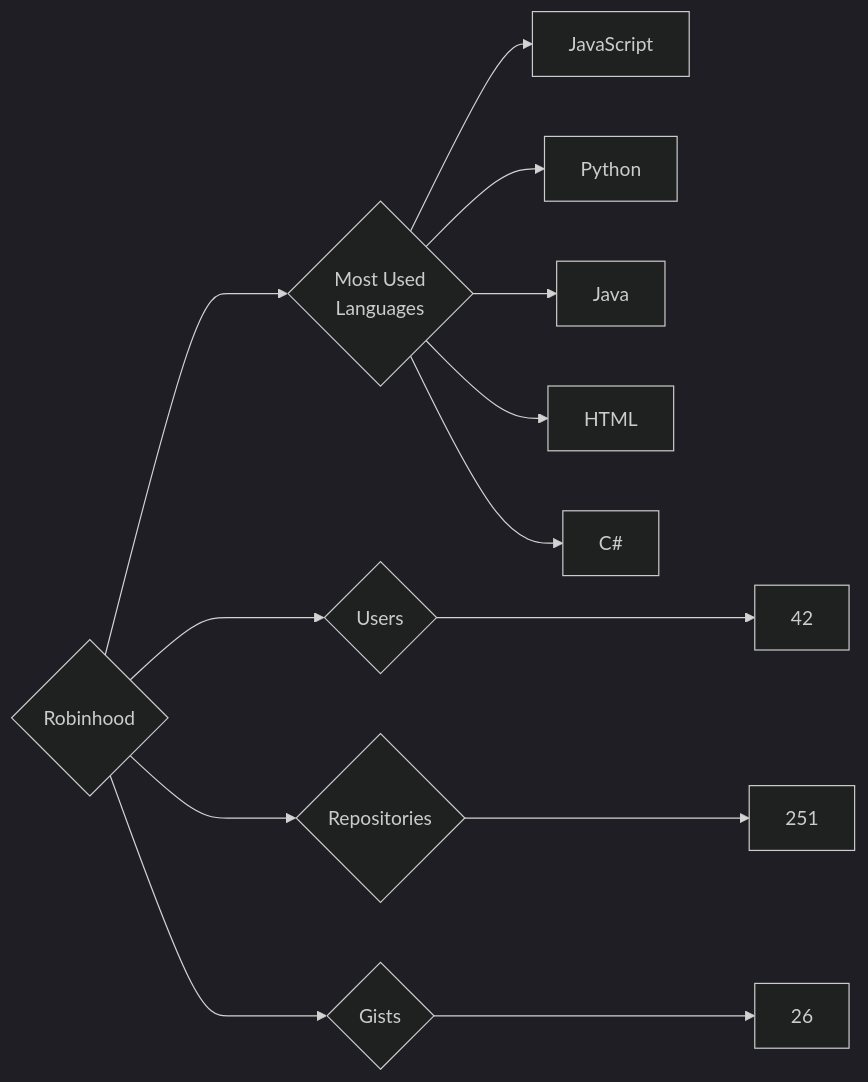
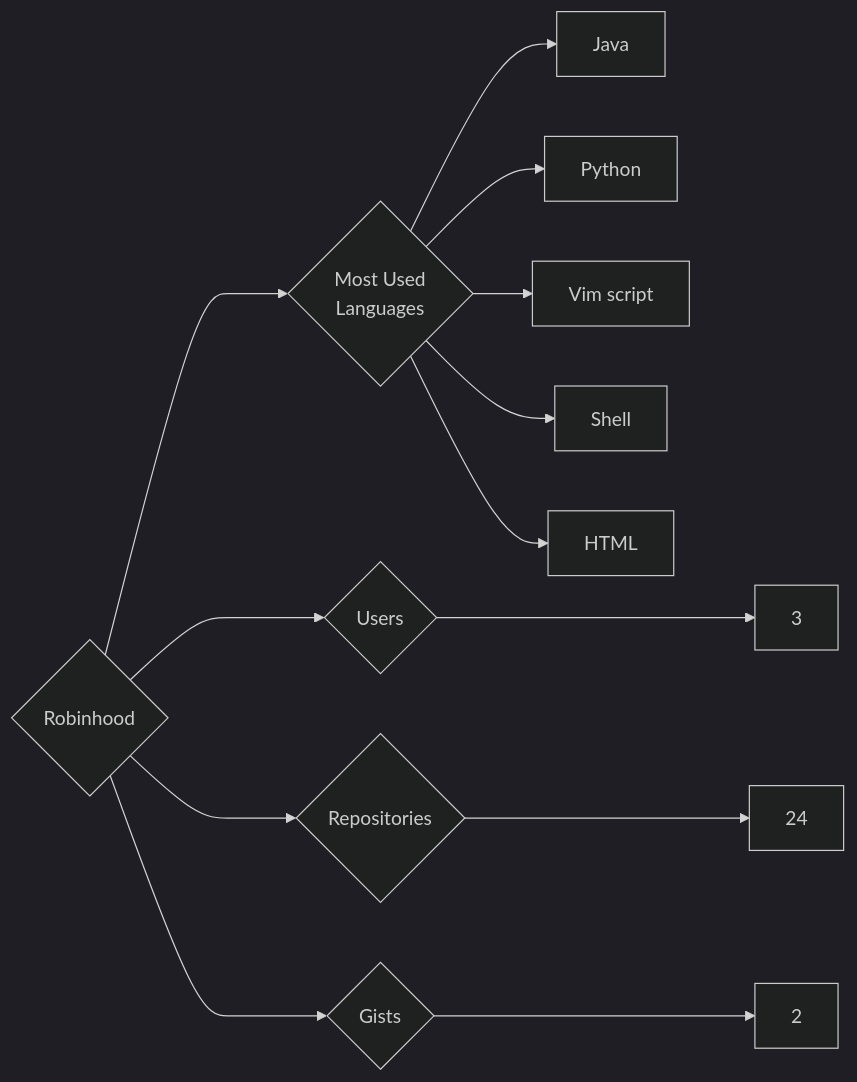
The diagram in targets/Robinhood/README.md (trickest/insiders), drawn with Mermaid (dark theme) before and after one commit. The commit also changed 995 other files, not shown here.

````diff
--- a/targets/Robinhood/README.md
+++ b/targets/Robinhood/README.md
@@ -3,13 +3,13 @@
 ```mermaid
 graph LR
 COMPANY_NAME{Robinhood}
-COMPANY_NAME ---> U{Users} ---> UN[42]
-COMPANY_NAME ---> R{Repositories} ---> RN[251]
-COMPANY_NAME ---> G{Gists} ---> GN[26]
+COMPANY_NAME ---> U{Users} ---> UN[3]
+COMPANY_NAME ---> R{Repositories} ---> RN[24]
+COMPANY_NAME ---> G{Gists} ---> GN[2]
 COMPANY_NAME ---> ML{Most Used<br>Languages}
-ML --> JavaScript[JavaScript]
+ML --> Java[Java]
 ML --> Python[Python]
-ML --> Java[Java]
+ML --> Vim_script[Vim script]
+ML --> Shell[Shell]
 ML --> HTML[HTML]
-ML --> C#[C#]
 ```
````
